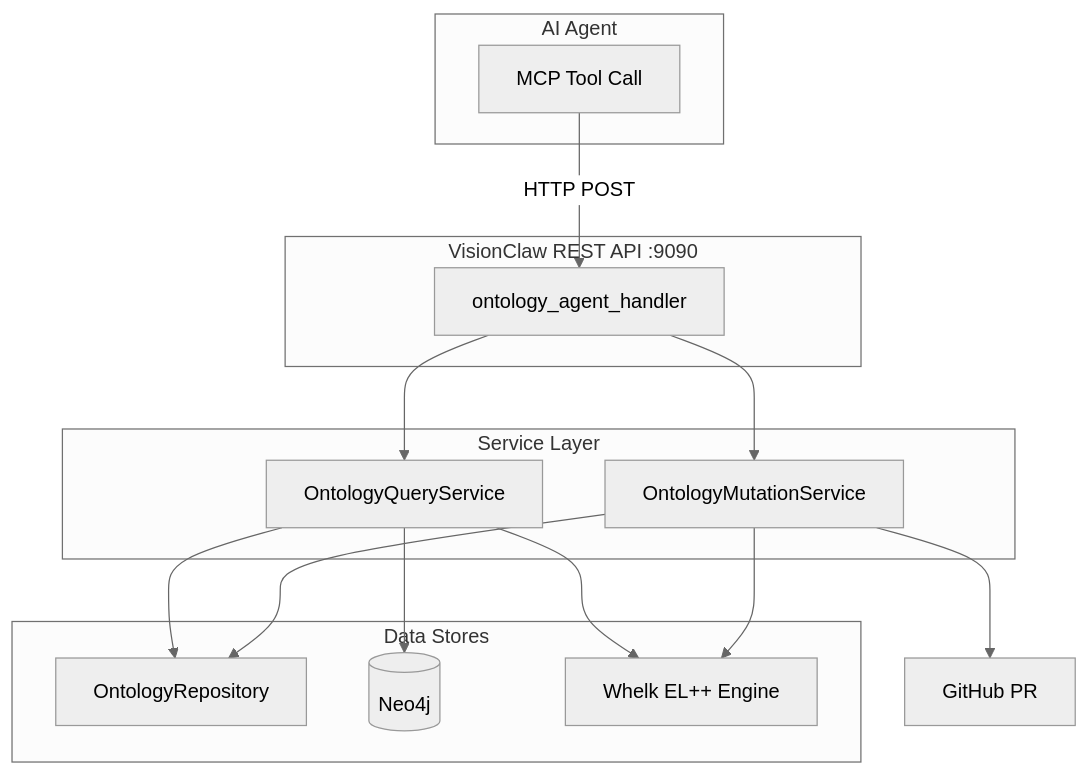
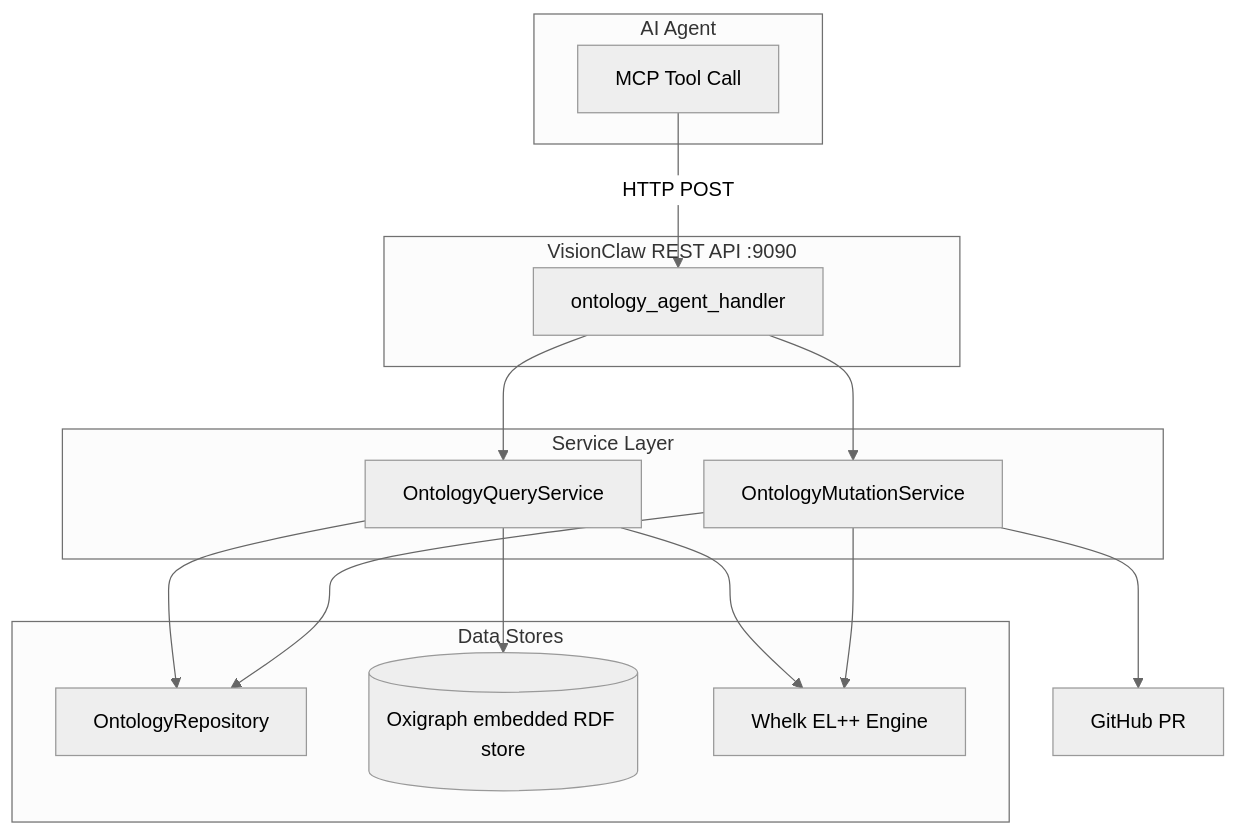
Before and after one commit to shaneholloman/logseq-spring-thing: the third of 3 diagrams in docs/how-to/agent-orchestration.md, drawn with Mermaid (neutral theme). The commit also changed other lines of this file and 58 other files, not shown here.

First line of the commit message:
docs: Neo4j→Oxigraph + webxr→visionclaw alignment, physics controls, health probes

````diff
--- a/docs/how-to/agent-orchestration.md
+++ b/docs/how-to/agent-orchestration.md
@@ -178,33 +178,33 @@
 ```mermaid
 flowchart TB
     subgraph Agent["AI Agent"]
         MCP[MCP Tool Call]
     end
 
     subgraph API["VisionClaw REST API :9090"]
         Handler[ontology_agent_handler]
     end
 
     subgraph Services["Service Layer"]
         QS[OntologyQueryService]
         MS[OntologyMutationService]
     end
 
     subgraph Data["Data Stores"]
         Repo[OntologyRepository]
-        Neo4j[(Neo4j)]
+        Oxigraph[(Oxigraph embedded RDF store)]
         Whelk[Whelk EL++ Engine]
     end
 
     GitHub[GitHub PR]
 
     MCP -->|HTTP POST| Handler
     Handler --> QS
     Handler --> MS
     QS --> Repo
-    QS --> Neo4j
+    QS --> Oxigraph
     QS --> Whelk
     MS --> Repo
     MS --> Whelk
     MS --> GitHub
 ```
````
